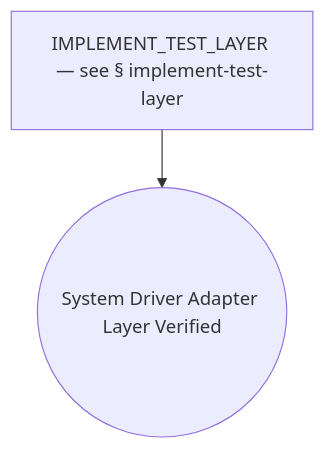
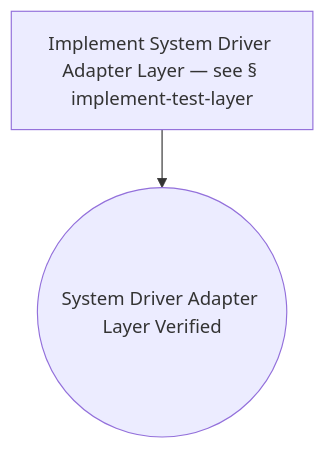
Diagram 18 of 50 in docs/process-diagram.md (optivem/gh-optivem), drawn with Mermaid before and after one commit. The commit also changed other lines of this file and 6 other files, not shown here.

````diff
--- a/docs/process-diagram.md
+++ b/docs/process-diagram.md
@@ -401,7 +401,7 @@
 ```mermaid
 flowchart TD
-    IMPLEMENT_TEST_LAYER[IMPLEMENT_TEST_LAYER — see § implement-test-layer]
+    IMPLEMENT_TEST_LAYER[Implement System Driver Adapter Layer — see § implement-test-layer]
     IMPL_SYS_DRIVER_END((System Driver Adapter Layer Verified))
 
     IMPLEMENT_TEST_LAYER --> IMPL_SYS_DRIVER_END
 ```
````
